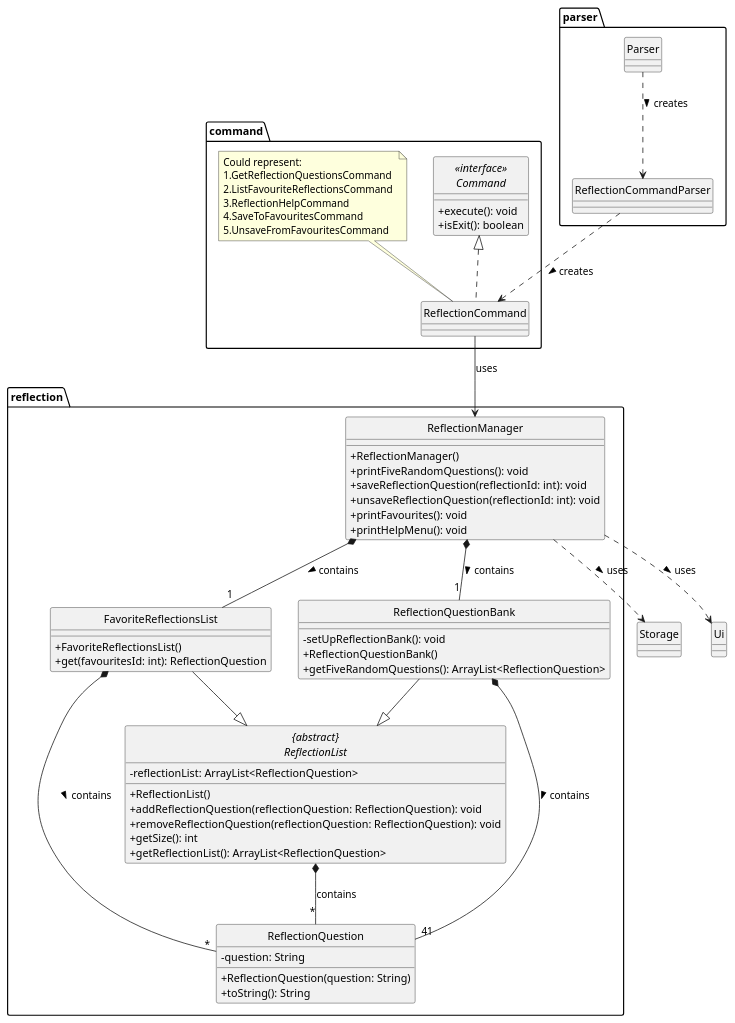
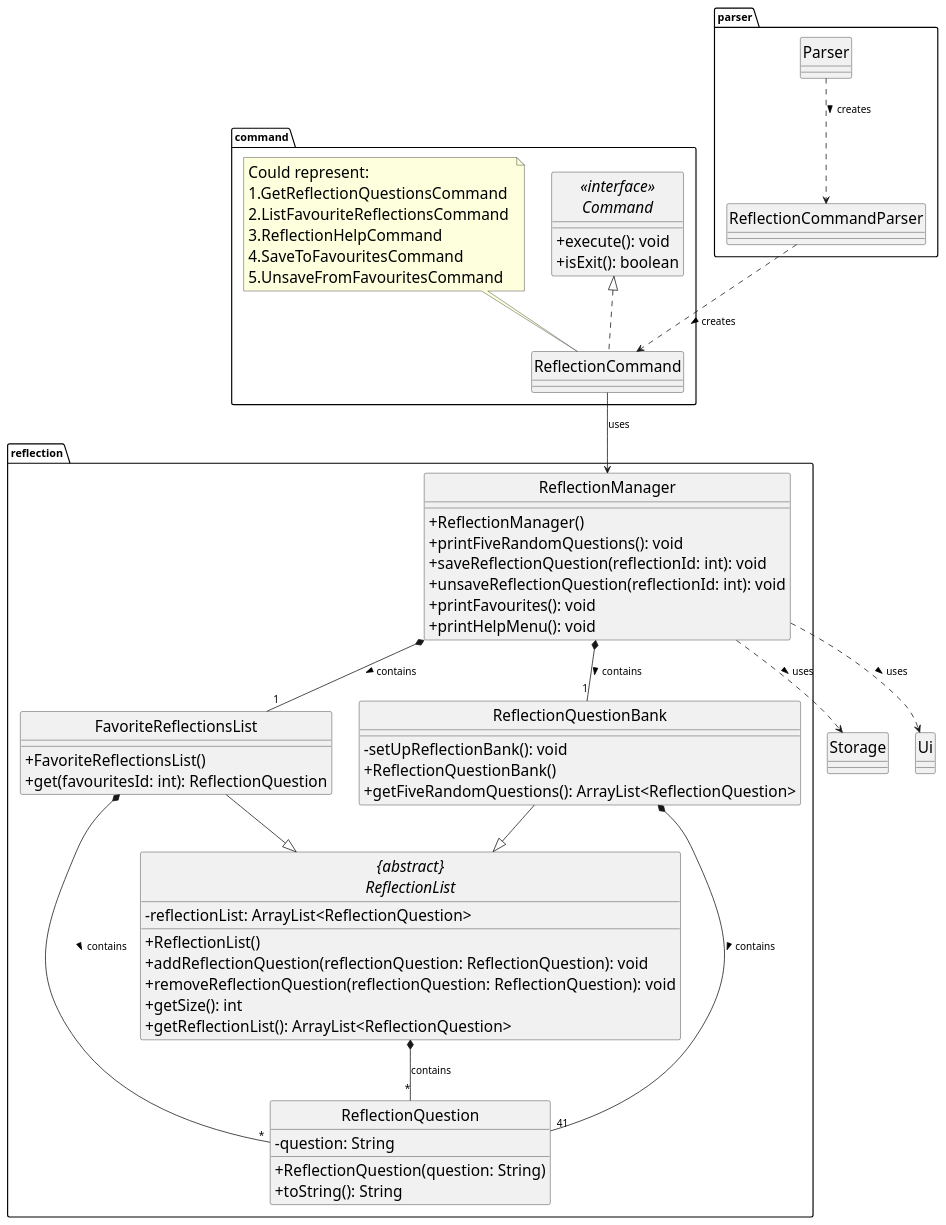
Before and after one commit to AY2324S2-CS2113-T11-1/tp: the diagram in docs/diagrams/reflection/Reflection.puml, drawn with PlantUML. The commit also changed 4 other files, not shown here.

```diff
--- a/docs/diagrams/reflection/Reflection.puml
+++ b/docs/diagrams/reflection/Reflection.puml
@@ -1,86 +1,94 @@
 @startuml
+
+skinparam NoteFontSize 20
+
+skinparam class {
+    FontSize 20
+    AttributeFontSize 20
+    MethodFontSize 20
+}
 
 skinparam classAttributeIconSize 0
 hide circle
 
 package parser {
     class ReflectionCommandParser {
     }
 
     class Parser {
     }
 }
 
 package command {
     interface "<<interface>>\nCommand" as Command {
             + execute(): void
             + isExit(): boolean
     }
 
 
     class ReflectionCommand implements Command {
     }
     note top of ReflectionCommand: Could represent: \n1.GetReflectionQuestionsCommand \n2.ListFavouriteReflectionsCommand \n3.ReflectionHelpCommand \n4.SaveToFavouritesCommand \n5.UnsaveFromFavouritesCommand
 }
 package reflection {
     abstract class "{abstract}\nReflectionList" as ReflectionList {
         - reflectionList: ArrayList<ReflectionQuestion>
 
         + ReflectionList()
         + addReflectionQuestion(reflectionQuestion: ReflectionQuestion): void
         + removeReflectionQuestion(reflectionQuestion: ReflectionQuestion): void
         + getSize(): int
         + getReflectionList(): ArrayList<ReflectionQuestion>
     }
 
     class FavoriteReflectionsList {
         + FavoriteReflectionsList()
         + get(favouritesId: int): ReflectionQuestion
     }
 
     class ReflectionQuestionBank {
         - setUpReflectionBank(): void
         + ReflectionQuestionBank()
         + getFiveRandomQuestions(): ArrayList<ReflectionQuestion>
     }
 
     class ReflectionQuestion {
         - question: String
         + ReflectionQuestion(question: String)
         + toString(): String
     }
 
     class ReflectionManager {
 
         + ReflectionManager()
         + printFiveRandomQuestions(): void
         + saveReflectionQuestion(reflectionId: int): void
         + unsaveReflectionQuestion(reflectionId: int): void
         + printFavourites(): void
         + printHelpMenu(): void
     }
 }
 
 class Storage {
 }
 
 class Ui {
 }
 
 ReflectionList *-- "*" ReflectionQuestion : contains
 FavoriteReflectionsList --|> ReflectionList
 ReflectionQuestionBank --|> ReflectionList
 ReflectionQuestionBank *-- "41" ReflectionQuestion : contains >
 FavoriteReflectionsList *-- "*" ReflectionQuestion : contains >
 
 ReflectionManager ..> Storage : uses >
 ReflectionManager ..> Ui : uses >
 ReflectionManager *-- "1" FavoriteReflectionsList : contains >
 ReflectionManager *-- "1" ReflectionQuestionBank : contains >
 
 Parser ..> ReflectionCommandParser : creates >
 ReflectionCommandParser .DOWN.> ReflectionCommand : creates >
 
 ReflectionCommand --> ReflectionManager: uses
 
 @enduml
```
